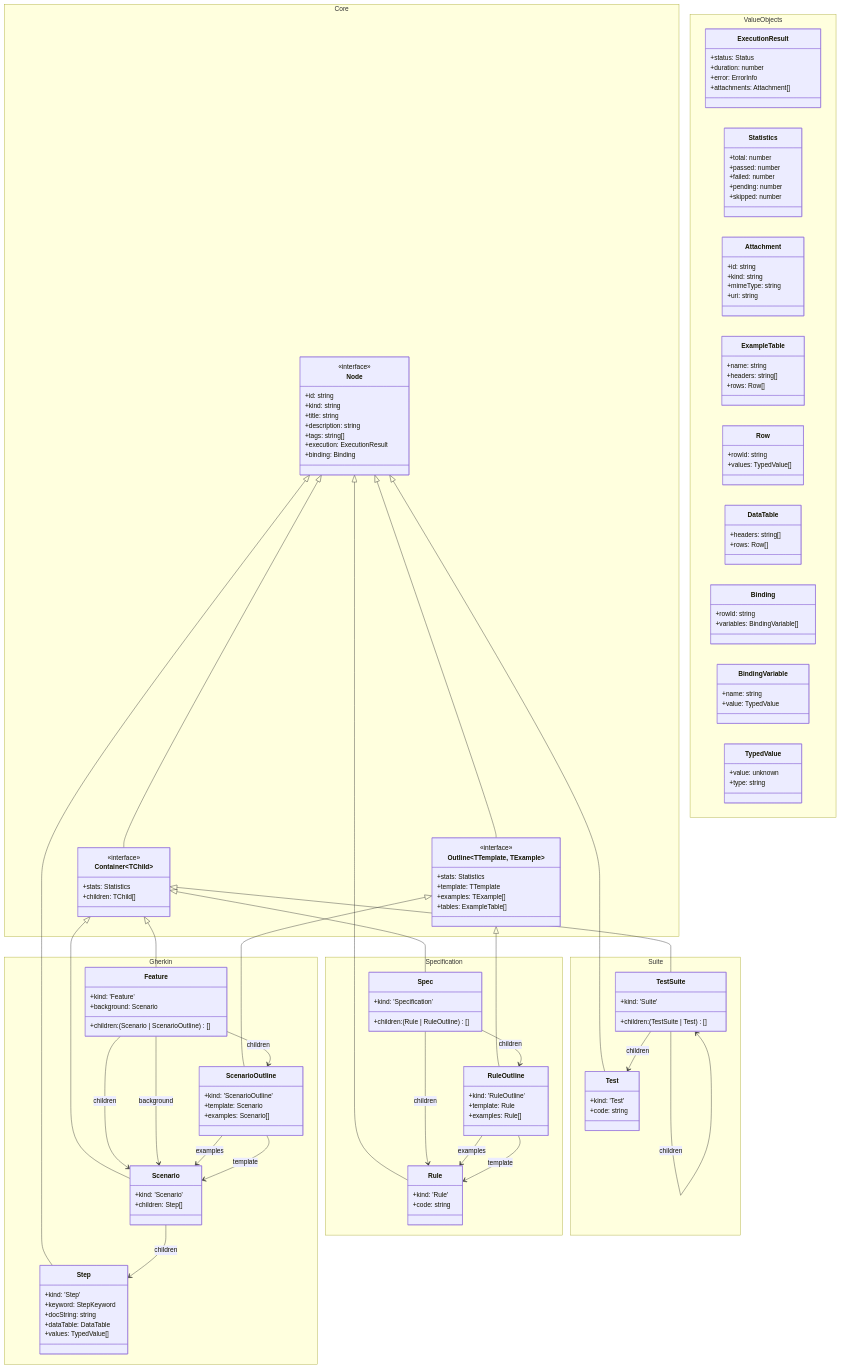
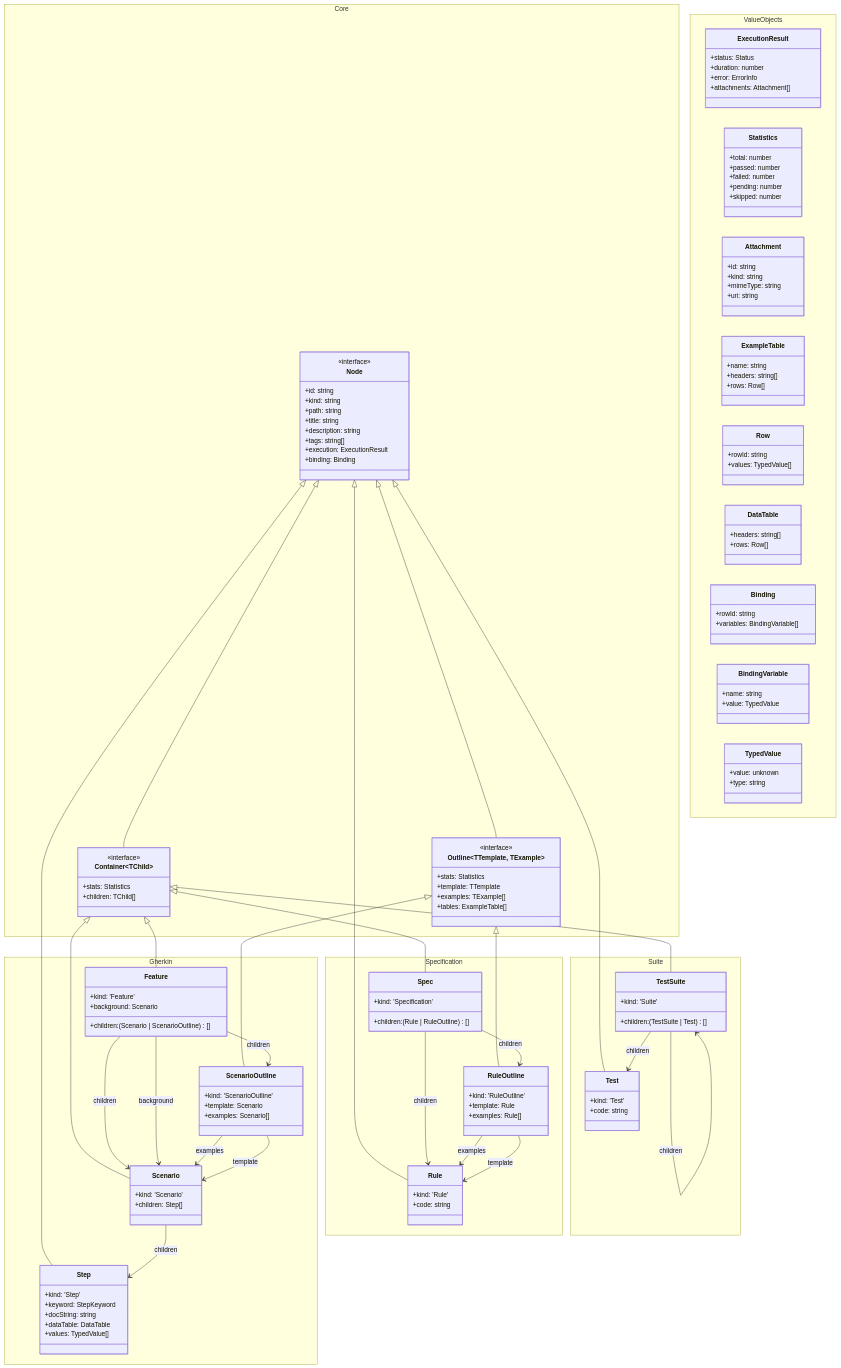
Before and after one commit to dotnetprofessional/LiveDoc: the diagram in LIVEDOC_DATA_PROTOCOL_ASSESSMENT.md, drawn with Mermaid. The commit also changed other lines of this file and 24 other files, not shown here.

```diff
--- a/LIVEDOC_DATA_PROTOCOL_ASSESSMENT.md
+++ b/LIVEDOC_DATA_PROTOCOL_ASSESSMENT.md
@@ -397,7 +398,8 @@
         class Node {
             <<interface>>
             +id: string
-        +kind: string
+      +kind: string
+        +path: string
             +title: string
             +description: string
             +tags: string[]
```
